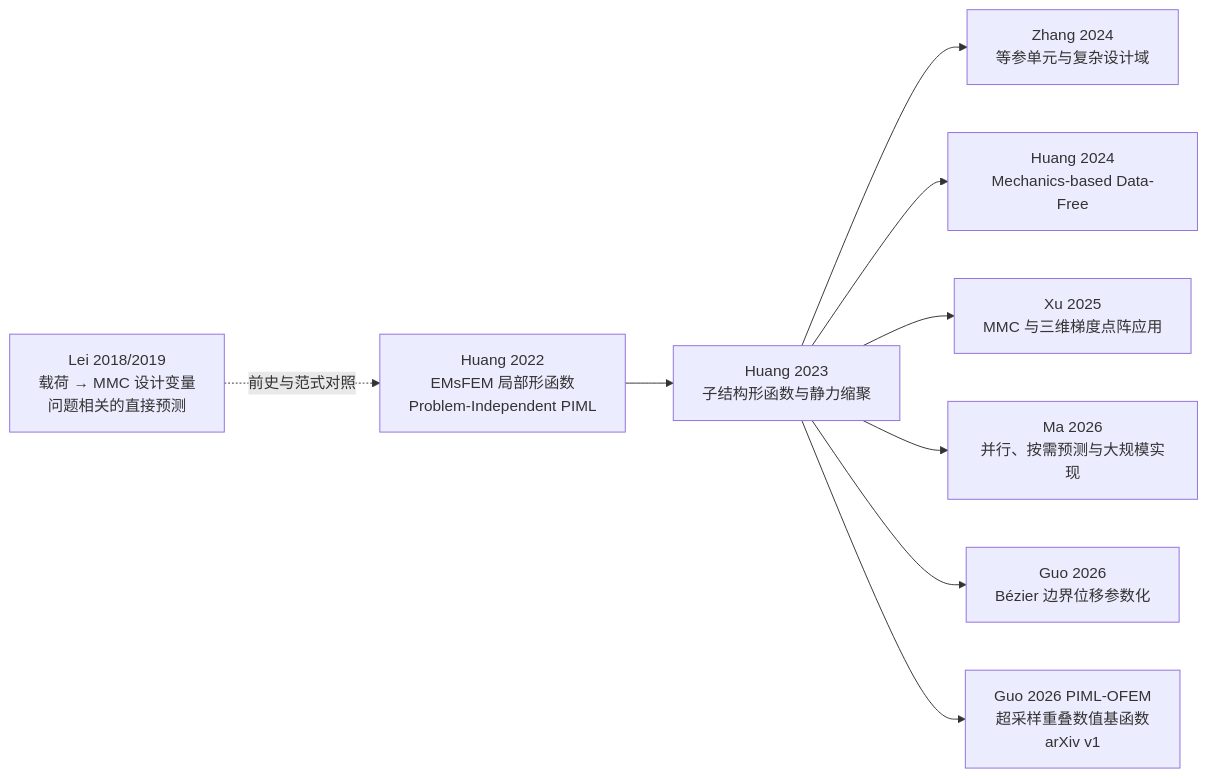
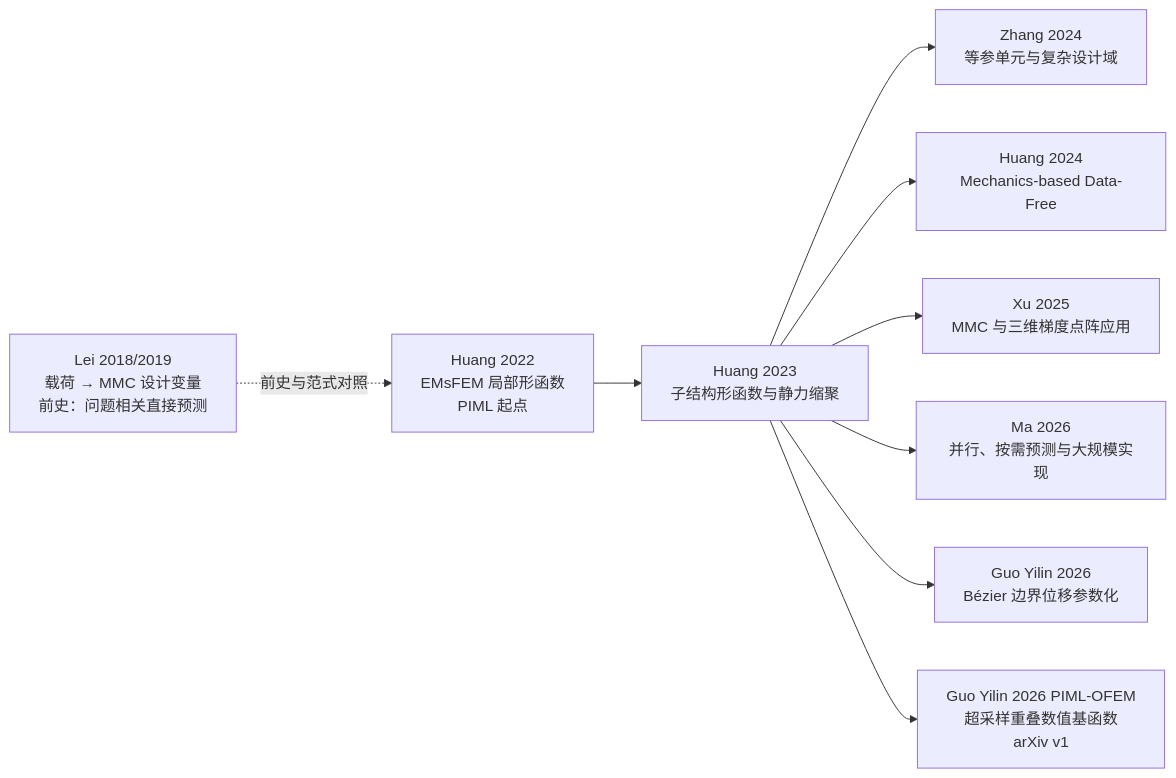
The diagram in concepts/piml/method-lineage.md (brighthe/dut-postdoc), drawn with Mermaid before and after one commit. The commit also changed other lines of this file and 76 other files, not shown here.

````diff
--- a/concepts/piml/method-lineage.md
+++ b/concepts/piml/method-lineage.md
@@ -47,21 +45,21 @@
 ```mermaid
 flowchart LR
-    A["Lei 2018/2019<br/>载荷 → MMC 设计变量<br/>问题相关的直接预测"]
-    B["Huang 2022<br/>EMsFEM 局部形函数<br/>Problem-Independent PIML"]
+    A["Lei 2018/2019<br/>载荷 → MMC 设计变量<br/>前史：问题相关直接预测"]
+    B["Huang 2022<br/>EMsFEM 局部形函数<br/>PIML 起点"]
     C["Huang 2023<br/>子结构形函数与静力缩聚"]
     D["Zhang 2024<br/>等参单元与复杂设计域"]
     E["Huang 2024<br/>Mechanics-based Data-Free"]
     F["Xu 2025<br/>MMC 与三维梯度点阵应用"]
     G["Ma 2026<br/>并行、按需预测与大规模实现"]
-    H["Guo 2026<br/>Bézier 边界位移参数化"]
-    I["Guo 2026 PIML-OFEM<br/>超采样重叠数值基函数<br/>arXiv v1"]
+    H["Guo Yilin 2026<br/>Bézier 边界位移参数化"]
+    I["Guo Yilin 2026 PIML-OFEM<br/>超采样重叠数值基函数<br/>arXiv v1"]
 
     A -. 前史与范式对照 .-> B
     B --> C
     C --> D
     C --> E
     C --> F
     C --> G
     C --> H
     C --> I
 ```
````
